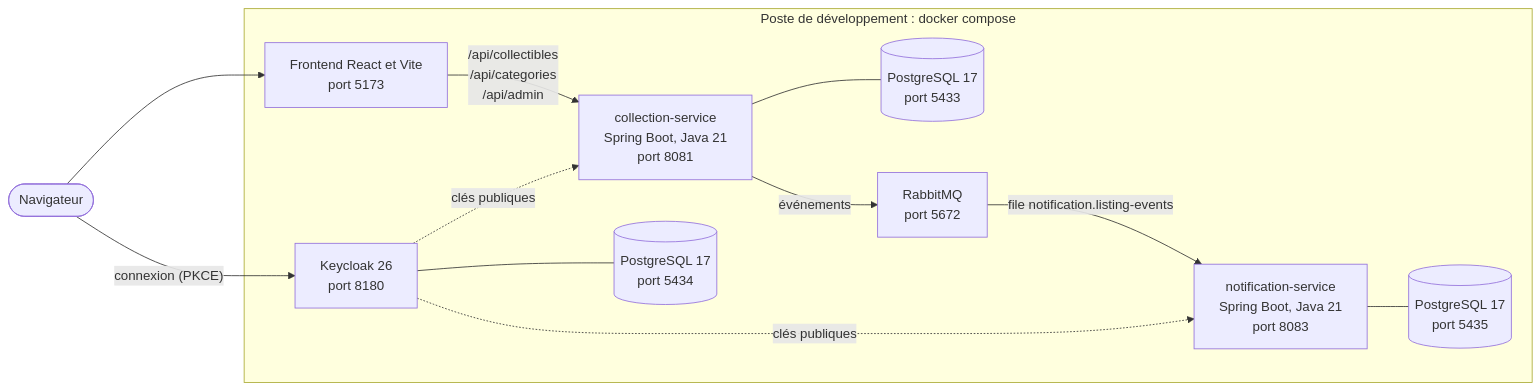
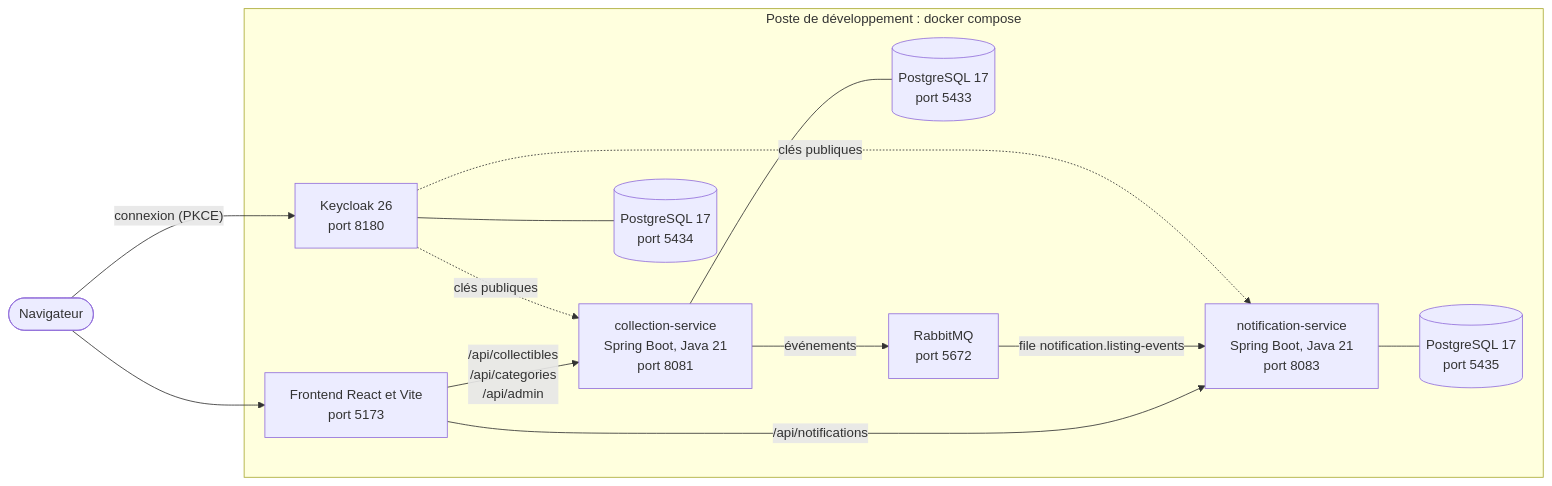
The second of 7 diagrams in docs/architecture.md (WALAAHAJJ/collector-indiv), drawn with Mermaid before and after one commit. The commit also changed other lines of this file and 3 other files, not shown here.

Commit message:
docs: cloche des notifications dans le site (README, architecture, tests, sécurité)

````diff
--- a/docs/architecture.md
+++ b/docs/architecture.md
@@ -40,25 +40,26 @@
 ```mermaid
 flowchart LR
     nav(["Navigateur"])
     subgraph dev["Poste de développement : docker compose"]
         vite["Frontend React et Vite<br/>port 5173"]
         kc["Keycloak 26<br/>port 8180"]
         cs["collection-service<br/>Spring Boot, Java 21<br/>port 8081"]
         kdb[("PostgreSQL 17<br/>port 5434")]
         cdb[("PostgreSQL 17<br/>port 5433")]
         ns["notification-service<br/>Spring Boot, Java 21<br/>port 8083"]
         ndb[("PostgreSQL 17<br/>port 5435")]
         mq["RabbitMQ<br/>port 5672"]
     end
 
     nav --> vite
     nav -->|"connexion (PKCE)"| kc
     vite -->|"/api/collectibles<br/>/api/categories<br/>/api/admin"| cs
+    vite -->|"/api/notifications"| ns
     kc --- kdb
     cs --- cdb
     cs -->|"événements"| mq
     mq -->|"file notification.listing-events"| ns
     ns --- ndb
     kc -.->|"clés publiques"| cs
     kc -.->|"clés publiques"| ns
 ```
````
